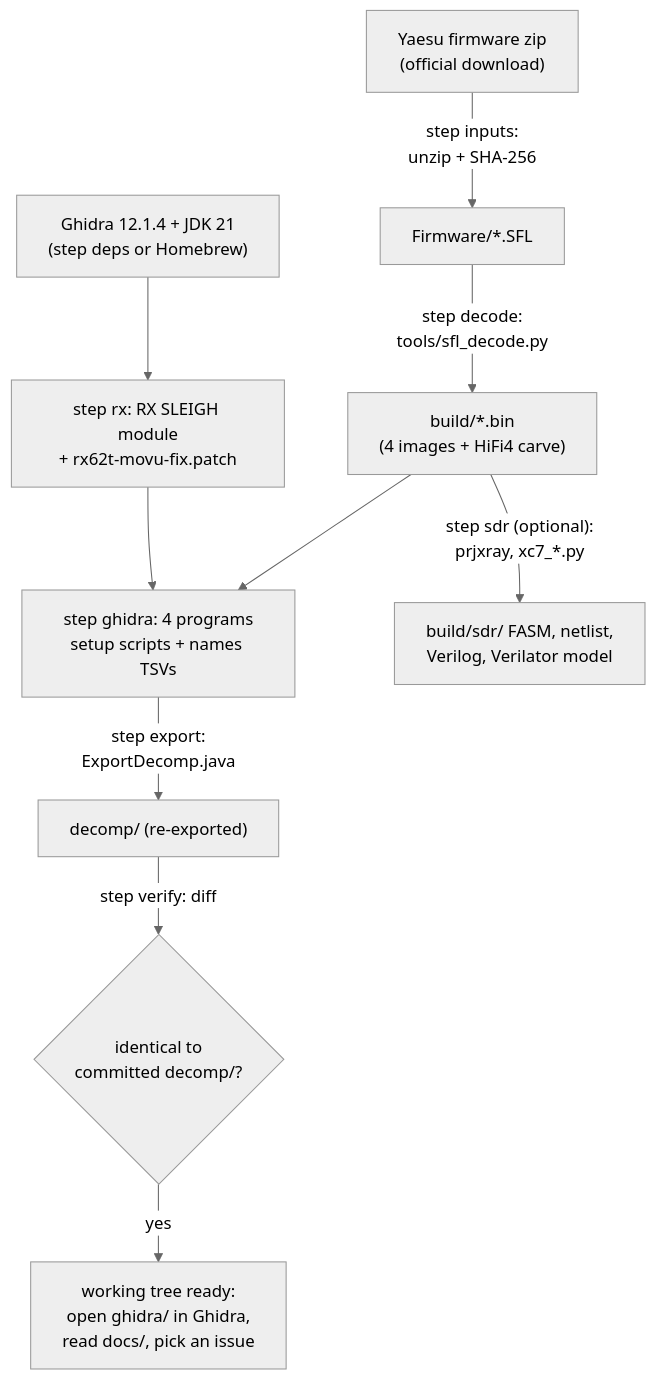
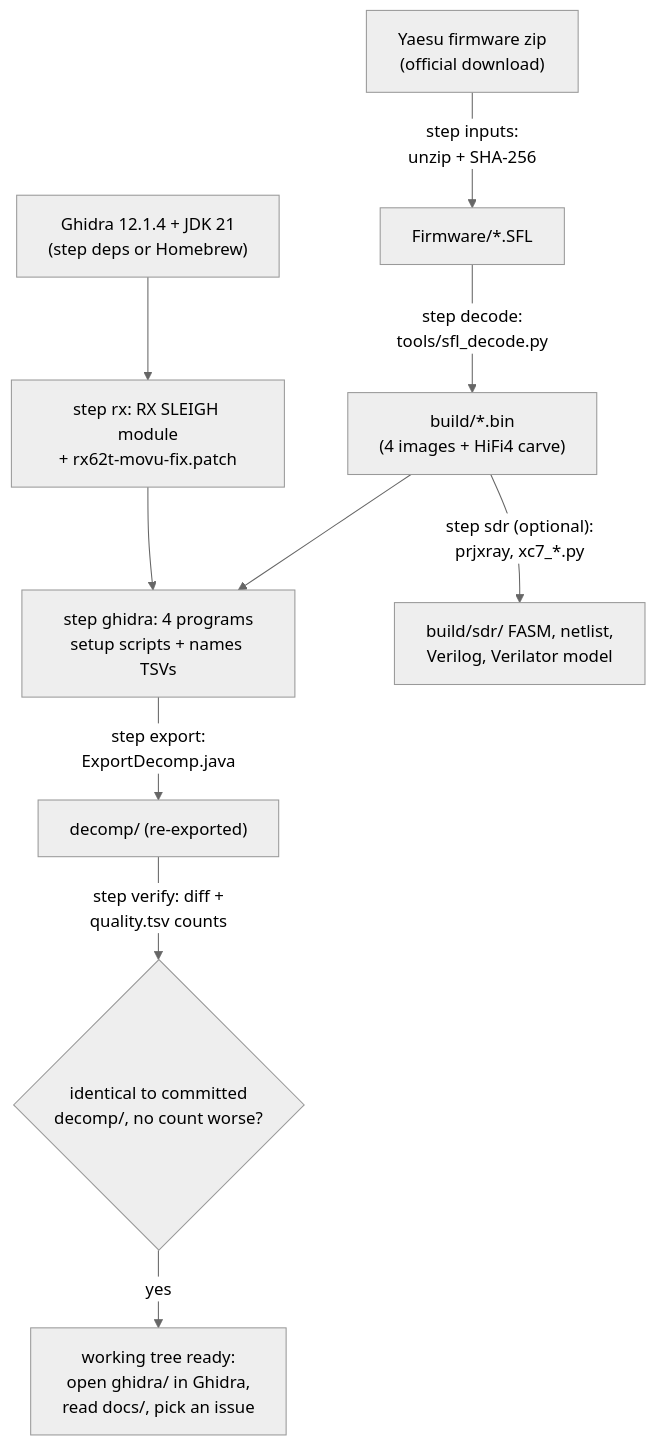
Before and after one commit to Reid-n0rc/FT-710_Firmware: the diagram in docs/getting-started.md, drawn with Mermaid (neutral theme). The commit also changed other lines of this file and 3 other files, not shown here.

First line of the commit message:
T21f: document the decompile-quality check; status and baseline counts (#97 B11)

````diff
--- a/docs/getting-started.md
+++ b/docs/getting-started.md
@@ -24,12 +24,12 @@
 ```mermaid
 flowchart TD
   Z["Yaesu firmware zip<br/>(official download)"] -->|"step inputs:<br/>unzip + SHA-256"| SFL["Firmware/*.SFL"]
   SFL -->|"step decode:<br/>tools/sfl_decode.py"| BIN["build/*.bin<br/>(4 images + HiFi4 carve)"]
   DEPS["Ghidra 12.1.4 + JDK 21<br/>(step deps or Homebrew)"] --> RX
   RX["step rx: RX SLEIGH module<br/>+ rx62t-movu-fix.patch"] --> GH
   BIN --> GH["step ghidra: 4 programs<br/>setup scripts + names TSVs"]
   GH -->|"step export:<br/>ExportDecomp.java"| EXP["decomp/ (re-exported)"]
-  EXP -->|"step verify: diff"| OK{"identical to<br/>committed decomp/?"}
+  EXP -->|"step verify: diff +<br/>quality.tsv counts"| OK{"identical to committed<br/>decomp/, no count worse?"}
   BIN -->|"step sdr (optional):<br/>prjxray, xc7_*.py"| NET["build/sdr/ FASM, netlist,<br/>Verilog, Verilator model"]
   OK -->|yes| WT["working tree ready:<br/>open ghidra/ in Ghidra,<br/>read docs/, pick an issue"]
 ```
````
